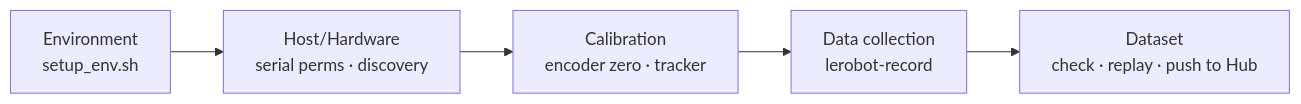
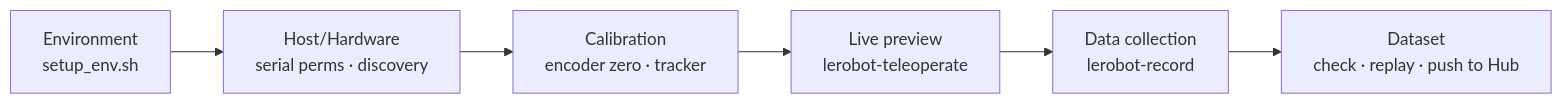
Before and after one commit to Vertax42/taccap-gripper-docs: the diagram in docs/index.en.md, drawn with Mermaid. The commit also changed other lines of this file and 1 other file, not shown here.

First line of the commit message:
docs: the landing page flow was missing the preview step

````diff
--- a/docs/index.en.md
+++ b/docs/index.en.md
@@ -28,7 +28,8 @@
 ```mermaid
 flowchart LR
     A[Environment<br/>setup_env.sh] --> B[Host/Hardware<br/>serial perms · discovery]
     B --> C[Calibration<br/>encoder zero · tracker]
-    C --> D[Data collection<br/>lerobot-record]
+    C --> P[Live preview<br/>lerobot-teleoperate]
+    P --> D[Data collection<br/>lerobot-record]
     D --> E[Dataset<br/>check · replay · push to Hub]
 ```
````
